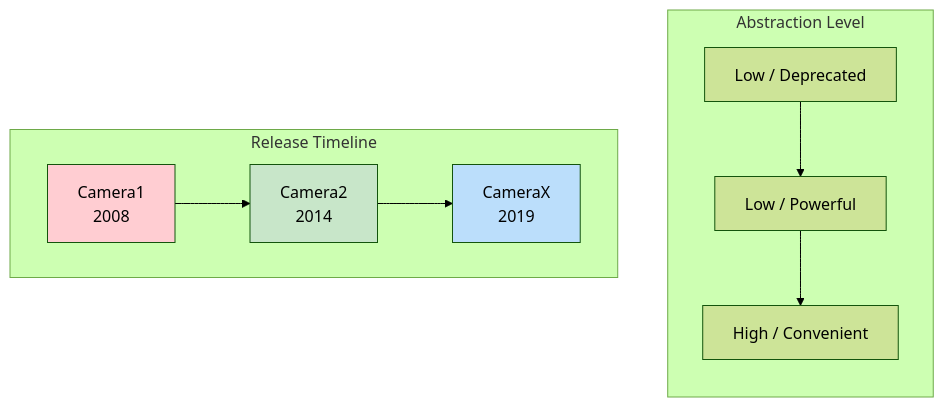
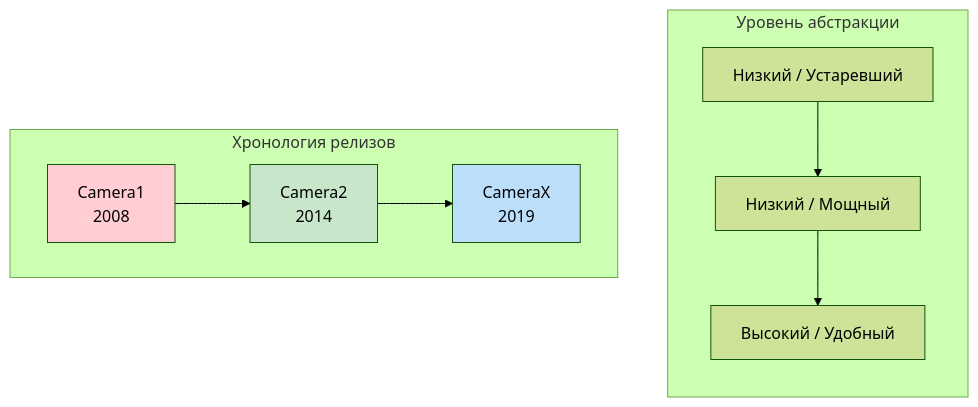
Before and after one commit to zoozooll/AndroidCameraParameters: the first of 2 diagrams in website/i18n/ru/docusaurus-plugin-content-docs/current/camera2/welcome-to-android-camera2.md, drawn with Mermaid (forest theme). The commit also changed other lines of this file and 378 other files, not shown here.

````diff
--- a/website/i18n/ru/docusaurus-plugin-content-docs/current/camera2/welcome-to-android-camera2.md
+++ b/website/i18n/ru/docusaurus-plugin-content-docs/current/camera2/welcome-to-android-camera2.md
@@ -47,18 +47,18 @@
 ```mermaid
 flowchart LR
-    subgraph YEAR ["Release Timeline"]
+    subgraph YEAR ["Хронология релизов"]
         direction LR
         C1["Camera1<br/>2008"] --> C2["Camera2<br/>2014"] --> CX["CameraX<br/>2019"]
     end
     
-    subgraph LEVEL ["Abstraction Level"]
+    subgraph LEVEL ["Уровень абстракции"]
         direction TB
-        L1["Low / Deprecated"] --> L2["Low / Powerful"] --> L3["High / Convenient"]
+        L1["Низкий / Устаревший"] --> L2["Низкий / Мощный"] --> L3["Высокий / Удобный"]
     end
     
     YEAR ~~~ LEVEL
     
     style C1 fill:#FFCDD2
     style C2 fill:#C8E6C9
     style CX fill:#BBDEFB
 ```
````
